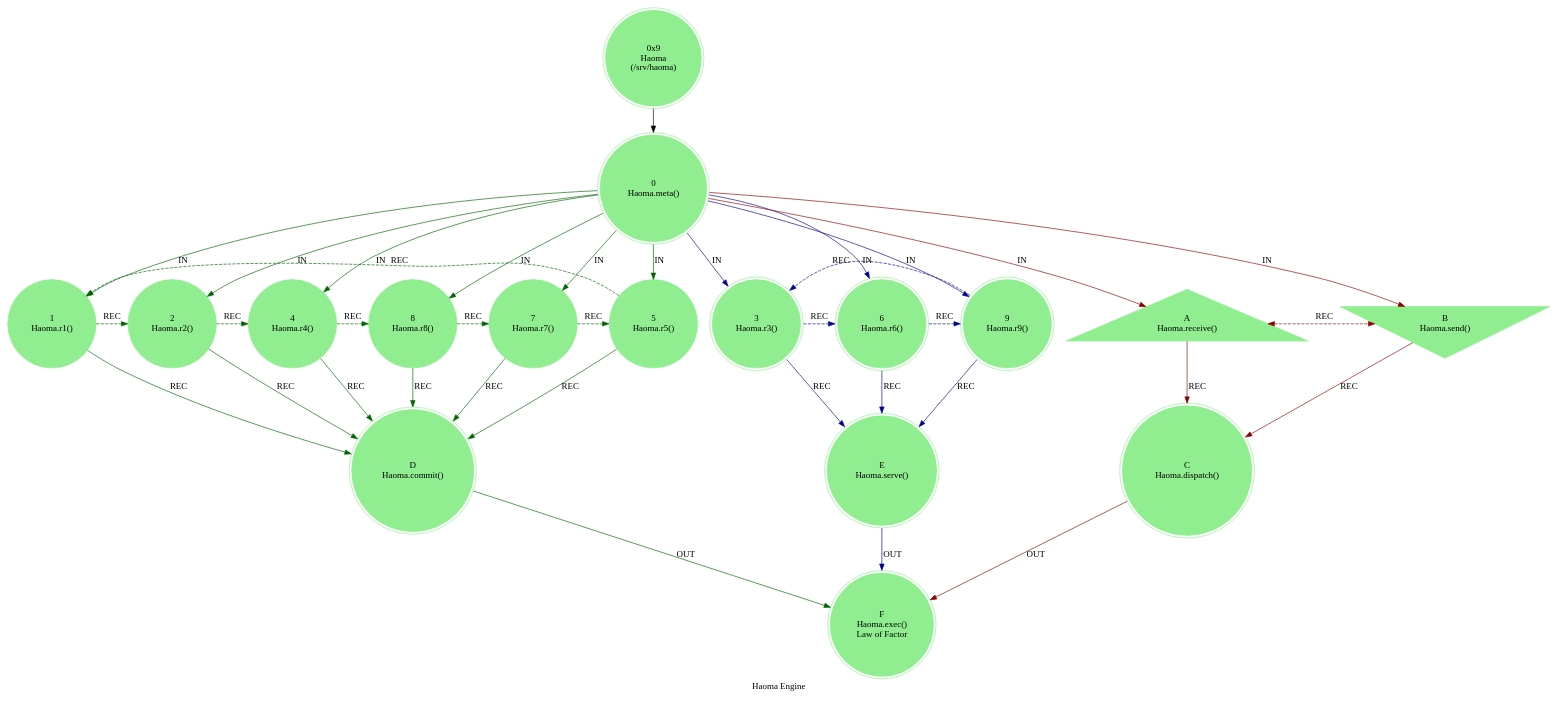
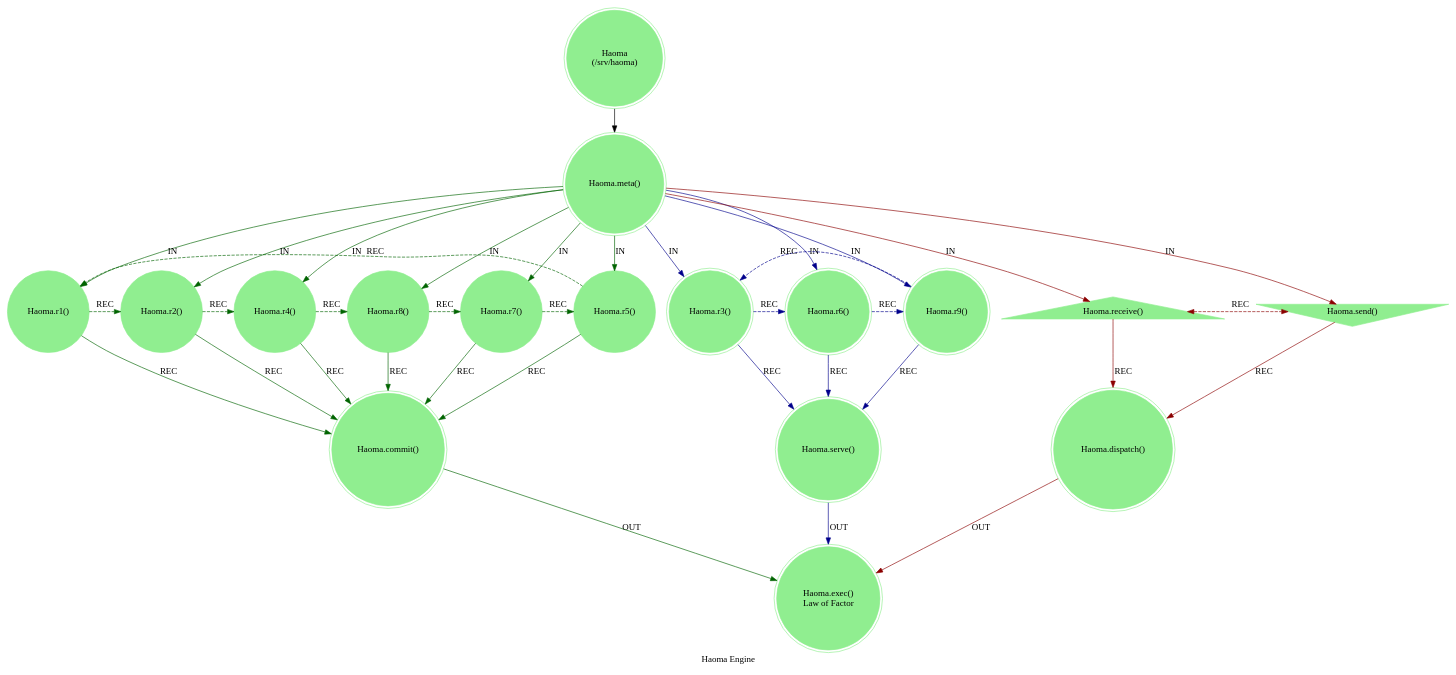
One commit to cilang/mythos changed the diagram in src/core/mythos_sys_haoma.dot. Above: the diagram before and after it, drawn with Graphviz. The commit also changed 21 other files, not shown here.

```diff
--- a/src/core/mythos_sys_haoma.dot
+++ b/src/core/mythos_sys_haoma.dot
@@ -1,48 +1,48 @@
 digraph HaomaEngine {
     label = "Haoma Engine";
     style = filled;
     color = red;
     comment = "";
     node [shape = polygon; sides = 6; style = filled; color = lightgreen;];
     
-    spark_9_mythos_t [label = "0x9\nHaoma\n(/srv/haoma)";shape = doublecircle;];
+    spark_9_mythos_t [label = "Haoma\n(/srv/haoma)";shape = doublecircle;];
     
     // r0::meta();r1,r2,r4,r8,r7,r5;r3,r6,r;ra::receive(),rb::send(),rc::dispatch(),rd::commit(),re::serve(),rf::exec()
-    spark_0_haoma_t [label = "0\nHaoma.meta()";shape = doublecircle;comment = "Engine Init";];
-    spark_1_haoma_t [label = "1\nHaoma.r1()";shape = circle;comment = "";];
-    spark_2_haoma_t [label = "2\nHaoma.r2()";shape = circle;comment = "";];
-    spark_4_haoma_t [label = "4\nHaoma.r4()";shape = circle;comment = "";];
-    spark_8_haoma_t [label = "8\nHaoma.r8()";shape = circle;comment = "";];
-    spark_7_haoma_t [label = "7\nHaoma.r7()";shape = circle;comment = "";];
-    spark_5_haoma_t [label = "5\nHaoma.r5()";shape = circle;comment = "";];
-    spark_3_haoma_t [label = "3\nHaoma.r3()";shape = doublecircle;comment = "`/sys/lurd`";];
-    spark_6_haoma_t [label = "6\nHaoma.r6()";shape = doublecircle;comment = "";];
-    spark_9_haoma_t [label = "9\nHaoma.r9()";shape = doublecircle;comment = "";];
-    spark_a_haoma_t [label = "A\nHaoma.receive()";shape = triangle;comment = "";];
-    spark_b_haoma_t [label = "B\nHaoma.send()";shape = invtriangle;comment = "";];
-    spark_c_haoma_t [label = "C\nHaoma.dispatch()";shape = doublecircle;comment = "";];
-    spark_d_haoma_t [label = "D\nHaoma.commit()";shape = doublecircle;comment = "";];
-    spark_e_haoma_t [label = "E\nHaoma.serve()";shape = doublecircle;comment = "`/sys/haoma`";];
-    spark_f_haoma_t [label = "F\nHaoma.exec()\nLaw of Factor";shape = doublecircle;comment = "";];
+    spark_0_haoma_t [label = "Haoma.meta()";shape = doublecircle;comment = "Engine Init";];
+    spark_1_haoma_t [label = "Haoma.r1()";shape = circle;comment = "";];
+    spark_2_haoma_t [label = "Haoma.r2()";shape = circle;comment = "";];
+    spark_4_haoma_t [label = "Haoma.r4()";shape = circle;comment = "";];
+    spark_8_haoma_t [label = "Haoma.r8()";shape = circle;comment = "";];
+    spark_7_haoma_t [label = "Haoma.r7()";shape = circle;comment = "";];
+    spark_5_haoma_t [label = "Haoma.r5()";shape = circle;comment = "";];
+    spark_3_haoma_t [label = "Haoma.r3()";shape = doublecircle;comment = "`/sys/lurd`";];
+    spark_6_haoma_t [label = "Haoma.r6()";shape = doublecircle;comment = "";];
+    spark_9_haoma_t [label = "Haoma.r9()";shape = doublecircle;comment = "";];
+    spark_a_haoma_t [label = "Haoma.receive()";shape = triangle;comment = "";];
+    spark_b_haoma_t [label = "Haoma.send()";shape = invtriangle;comment = "";];
+    spark_c_haoma_t [label = "Haoma.dispatch()";shape = doublecircle;comment = "";];
+    spark_d_haoma_t [label = "Haoma.commit()";shape = doublecircle;comment = "";];
+    spark_e_haoma_t [label = "Haoma.serve()";shape = doublecircle;comment = "`/sys/haoma`";];
+    spark_f_haoma_t [label = "Haoma.exec()\nLaw of Factor";shape = doublecircle;comment = "";];
     
     // IN = Input
     // OUT = Output
     // REC = Recursion
     spark_9_mythos_t -> spark_0_haoma_t;
     spark_0_haoma_t -> spark_a_haoma_t [label = "IN"; color = darkred; comment = "";];
     spark_0_haoma_t -> spark_b_haoma_t [label = "IN"; color = darkred; comment = "";];
     spark_0_haoma_t -> {spark_3_haoma_t spark_6_haoma_t spark_9_haoma_t} [label = "IN"; color = darkblue; comment = "";];
     spark_0_haoma_t -> {spark_1_haoma_t spark_2_haoma_t spark_4_haoma_t spark_5_haoma_t spark_7_haoma_t spark_8_haoma_t} [label = "IN"; color = darkgreen; comment = "";];
     
     {spark_a_haoma_t spark_b_haoma_t} -> spark_c_haoma_t [label = "REC"; color = darkred; comment = "";];
     {spark_3_haoma_t spark_6_haoma_t spark_9_haoma_t} -> spark_e_haoma_t [label = "REC"; color = darkblue; comment = "";];
     {spark_1_haoma_t spark_2_haoma_t spark_4_haoma_t spark_8_haoma_t spark_7_haoma_t spark_5_haoma_t} -> spark_d_haoma_t [label = "REC"; color = darkgreen; comment = "";];
     
     spark_a_haoma_t -> spark_b_haoma_t [label = "REC"; color = darkred; comment = ""; style = dashed; constraint = false; dir = both;];
     spark_3_haoma_t -> spark_6_haoma_t -> spark_9_haoma_t -> spark_3_haoma_t [label = "REC"; color = darkblue; comment = ""; style = dashed; constraint = false;];
     spark_1_haoma_t -> spark_2_haoma_t -> spark_4_haoma_t -> spark_8_haoma_t -> spark_7_haoma_t -> spark_5_haoma_t -> spark_1_haoma_t [label = "REC"; color = darkgreen; comment = ""; style = dashed; constraint = false;];
     
     spark_c_haoma_t -> spark_f_haoma_t [label = "OUT"; color = darkred; comment = "";];
     spark_d_haoma_t -> spark_f_haoma_t [label = "OUT"; color = darkgreen; comment = "";];
     spark_e_haoma_t -> spark_f_haoma_t [label = "OUT"; color = darkblue; comment = "";];
 }
```
